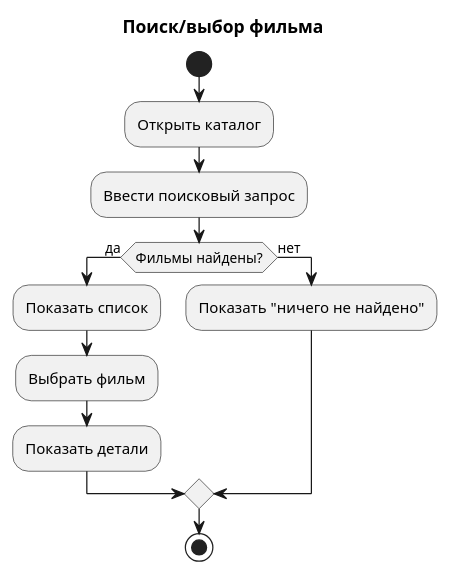
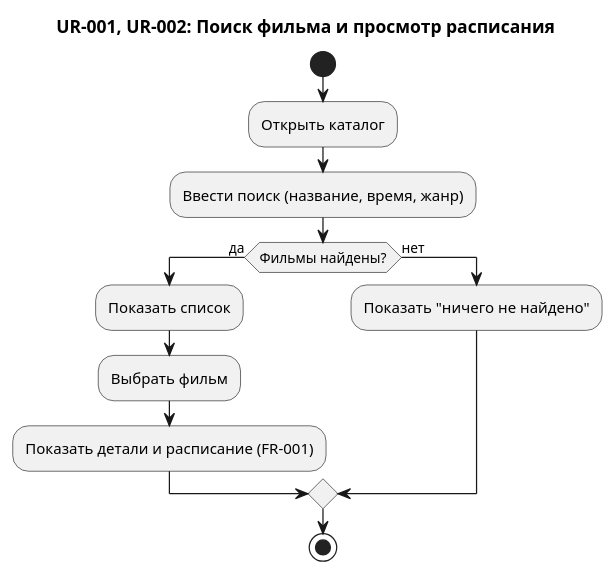
Before and after one commit to RusNimex/ca-bpmn-competitors-diagram: the first of 5 diagrams in docs/kino/diagramm/activity.puml, drawn with PlantUML. The commit also changed other lines of this file and 13 other files, not shown here.

```diff
--- a/docs/kino/diagramm/activity.puml
+++ b/docs/kino/diagramm/activity.puml
@@ -1,16 +1,16 @@
-@startuml kino find/choise
+@startuml kino find/choice
 
-title "Поиск/выбор фильма"
+title "UR-001, UR-002: Поиск фильма и просмотр расписания"
 
 start
 :Открыть каталог;
-:Ввести поисковый запрос;
+:Ввести поиск (название, время, жанр);
 if (Фильмы найдены?) then (да)
   :Показать список;
   :Выбрать фильм;
-  :Показать детали;
+  :Показать детали и расписание (FR-001);
 else (нет)
   :Показать "ничего не найдено";
 endif
 stop
 @enduml
```
